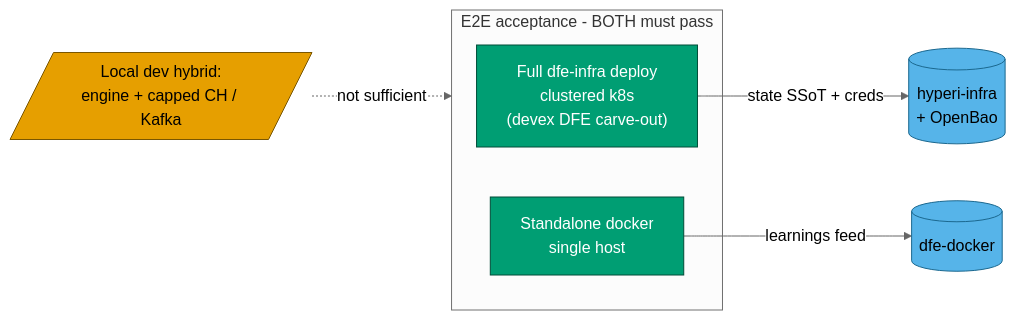
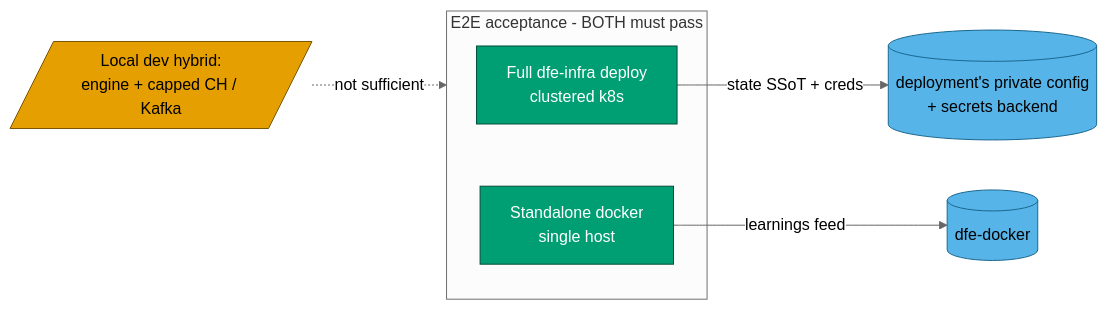
The diagram in docs/deployment/e2e-acceptance.md (hyperi-io/dfe-engine), drawn with Mermaid (neutral theme) before and after one commit. The commit also changed other lines of this file and 61 other files, not shown here.

````diff
--- a/docs/deployment/e2e-acceptance.md
+++ b/docs/deployment/e2e-acceptance.md
@@ -13,20 +13,20 @@
 ```mermaid
 flowchart LR
     hybrid[/"Local dev hybrid:<br/>engine + capped CH / Kafka"/]
 
     subgraph accept["E2E acceptance - BOTH must pass"]
-        k8s["Full dfe-infra deploy<br/>clustered k8s<br/>(devex DFE carve-out)"]
+        k8s["Full dfe-infra deploy<br/>clustered k8s"]
         docker["Standalone docker<br/>single host"]
     end
 
     hybrid -. "not sufficient" .-> accept
-    k8s -- "state SSoT + creds" --> infra[("hyperi-infra<br/>+ OpenBao")]
+    k8s -- "state SSoT + creds" --> infra[("deployment's private config<br/>+ secrets backend")]
     docker -- "learnings feed" --> dfedocker[("dfe-docker")]
 
     classDef pass fill:#009E73,color:#ffffff,stroke:#004D39
     classDef devonly fill:#E69F00,color:#000000,stroke:#7A5600
     classDef store fill:#56B4E9,color:#000000,stroke:#1B688F
     class k8s,docker pass
     class hybrid devonly
     class infra,dfedocker store
 ```
````
